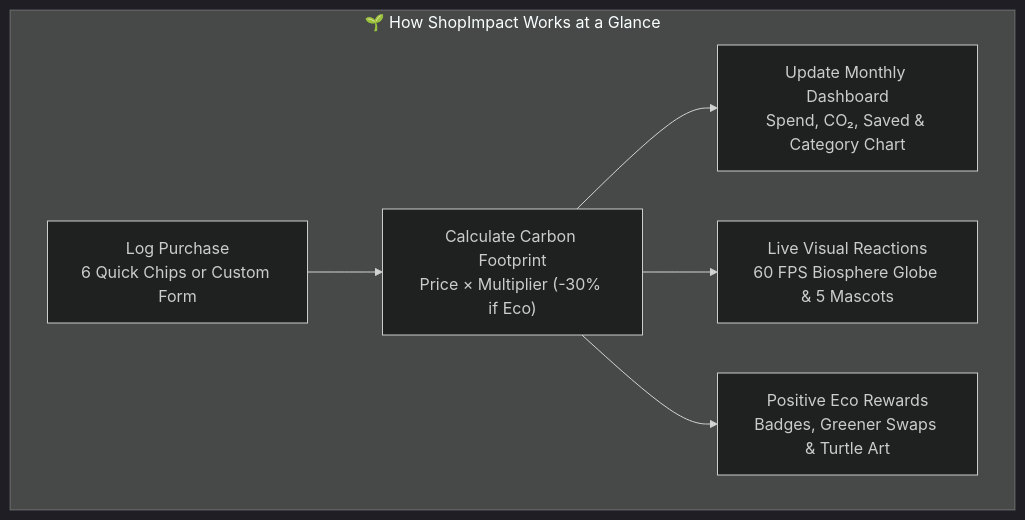
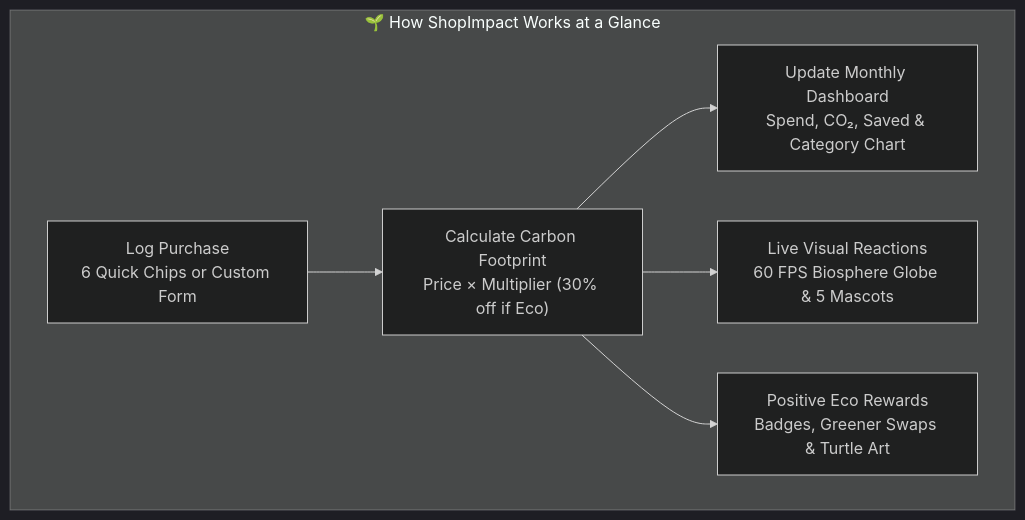
Before and after one commit to parthibcpana/IDAI102-1000544-PARTH-PARVINBHAI-GAJERA-SA: the first of 8 diagrams in README.md, drawn with Mermaid (dark theme). The commit also changed other lines of this file, not shown here.

````diff
--- a/README.md
+++ b/README.md
@@ -44,9 +44,9 @@
 ```mermaid
 flowchart TD
     subgraph ShopImpact ["🌱 How ShopImpact Works at a Glance"]
-        A["Log Purchase<br>6 Quick Chips or Custom Form"] --> B["Calculate Carbon Footprint<br>Price × Multiplier (-30% if Eco)"]
+        A["Log Purchase<br>6 Quick Chips or Custom Form"] --> B["Calculate Carbon Footprint<br>Price × Multiplier (30% off if Eco)"]
         B --> C["Update Monthly Dashboard<br>Spend, CO₂, Saved & Category Chart"]
         B --> D["Live Visual Reactions<br>60 FPS Biosphere Globe & 5 Mascots"]
         B --> E["Positive Eco Rewards<br>Badges, Greener Swaps & Turtle Art"]
     end
 ```
````
